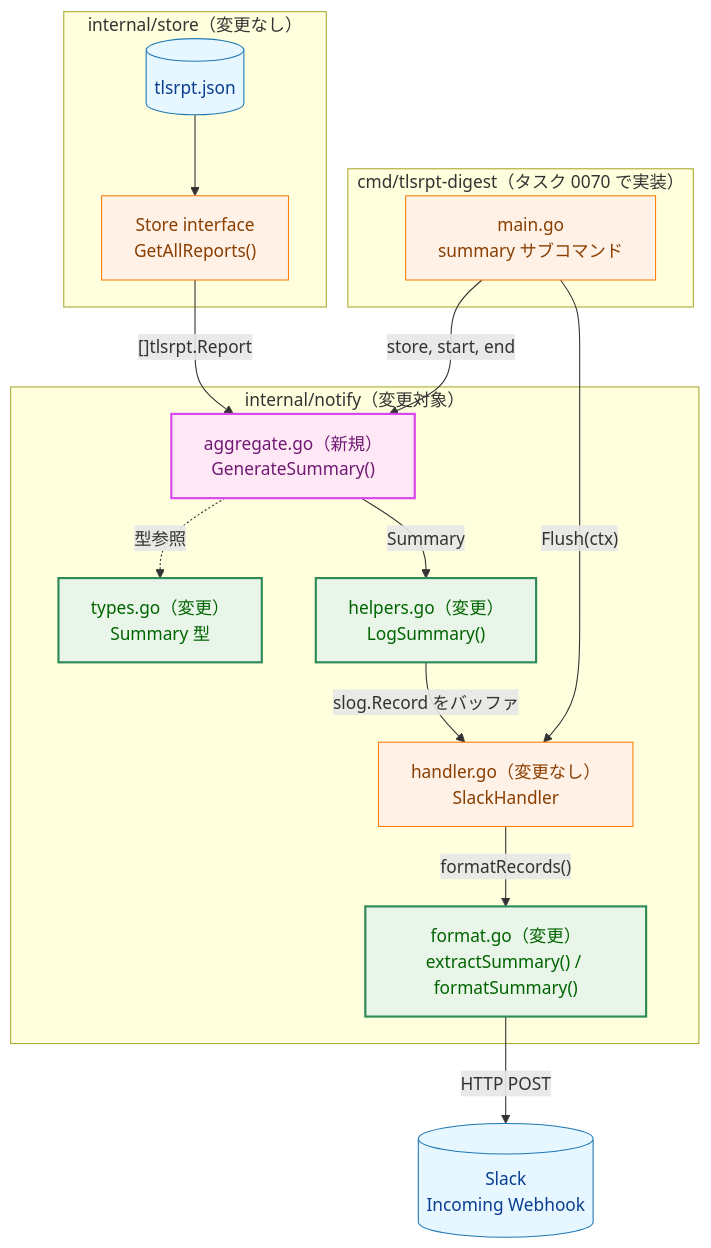
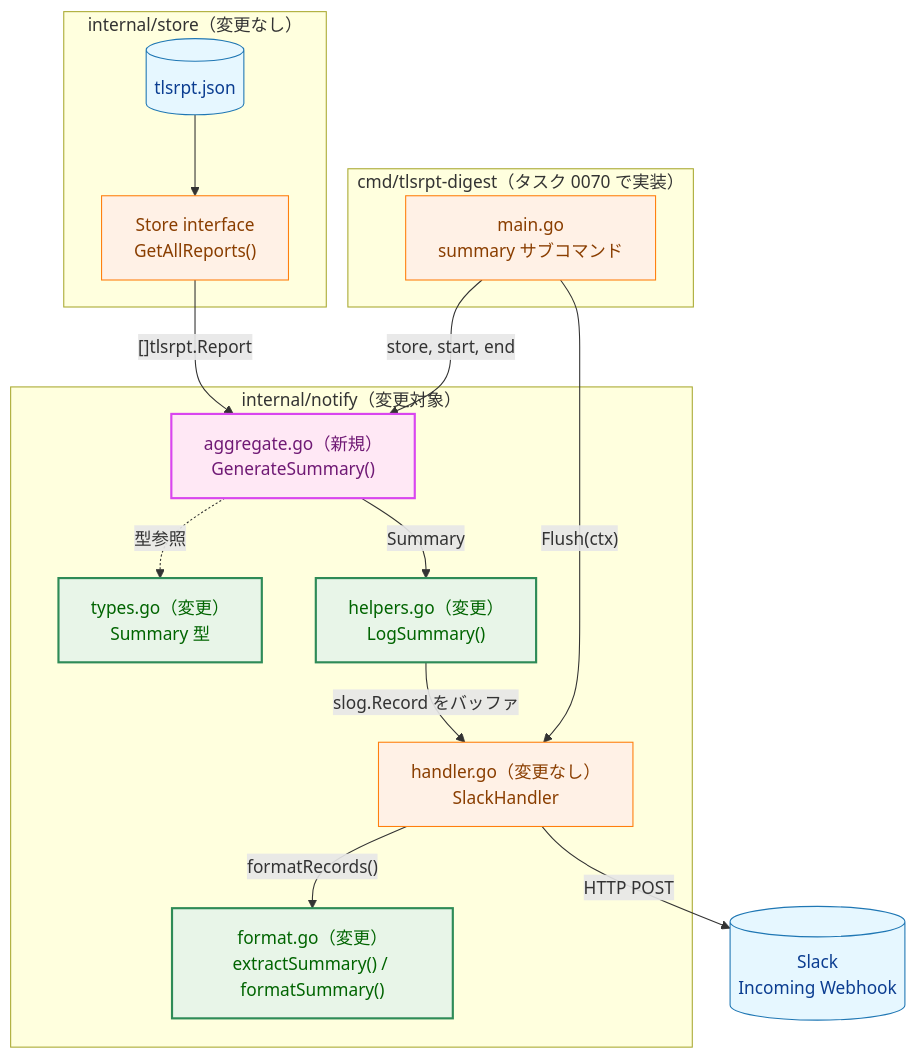
One commit to isseis/tlsrpt-digest changed the second of 7 diagrams in docs/tasks/0050_weekly_summary/02_architecture.md. Above: the diagram before and after it, drawn with Mermaid. The commit also changed other lines of this file, not shown here.

First line of the commit message:
docs(weekly-summary): fix architecture diagram and sequence diagram inaccuracies

````diff
--- a/docs/tasks/0050_weekly_summary/02_architecture.md
+++ b/docs/tasks/0050_weekly_summary/02_architecture.md
@@ -66,42 +66,42 @@
 ```mermaid
 flowchart TD
     classDef data fill:#e6f7ff,stroke:#1f77b4,stroke-width:1px,color:#0b3d91;
     classDef process fill:#fff1e6,stroke:#ff7f0e,stroke-width:1px,color:#8a3e00;
     classDef enhanced fill:#e8f5e8,stroke:#2e8b57,stroke-width:2px,color:#006400;
     classDef newpkg fill:#ffe8f5,stroke:#d946ef,stroke-width:2px,color:#701a75;
 
     subgraph cmd_pkg ["cmd/tlsrpt-digest（タスク 0070 で実装）"]
         Main["main.go<br>summary サブコマンド"]
     end
 
     subgraph store_pkg ["internal/store（変更なし）"]
         StoreData[("tlsrpt.json")]
         StoreIface["Store interface<br>GetAllReports()"]
     end
 
     subgraph notify_pkg ["internal/notify（変更対象）"]
         Aggregate["aggregate.go（新規）<br>GenerateSummary()"]
         Types["types.go（変更）<br>Summary 型"]
         Helpers["helpers.go（変更）<br>LogSummary()"]
         Format["format.go（変更）<br>extractSummary() / formatSummary()"]
         Handler["handler.go（変更なし）<br>SlackHandler"]
     end
 
     External[("Slack<br>Incoming Webhook")]
 
     Main -->|"store, start, end"| Aggregate
     StoreData --> StoreIface
     StoreIface -->|"[]tlsrpt.Report"| Aggregate
     Aggregate -.->|"型参照"| Types
     Aggregate -->|"Summary"| Helpers
     Helpers -->|"slog.Record をバッファ"| Handler
     Main -->|"Flush(ctx)"| Handler
     Handler -->|"formatRecords()"| Format
-    Format -->|"HTTP POST"| External
+    Handler -->|"HTTP POST"| External
 
     class StoreData,External data
     class StoreIface,Handler process
     class Types,Helpers,Format enhanced
     class Aggregate newpkg
     class Main process
 ```
````
